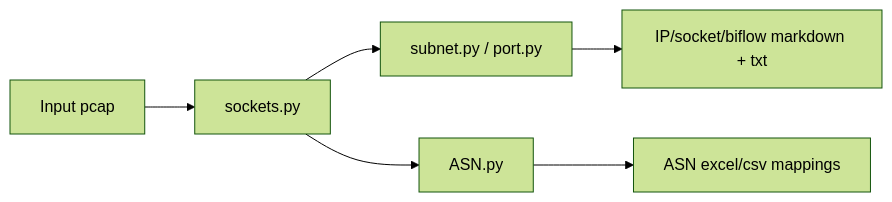
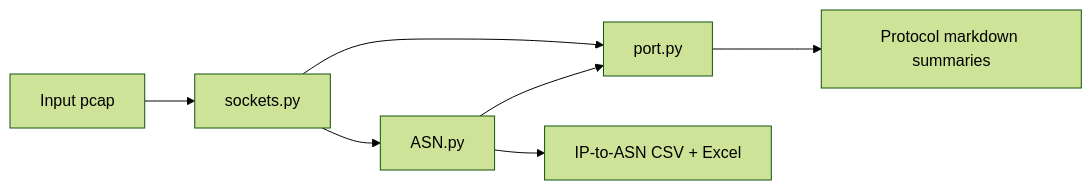
One commit to mayanksinghk/IRCTC-Simulator changed the fifth of 5 diagrams in docs/WORKFLOWS.md. Above: the diagram before and after it, drawn with Mermaid (forest theme). The commit also changed other lines of this file and 3 other files, not shown here.

````diff
--- a/docs/WORKFLOWS.md
+++ b/docs/WORKFLOWS.md
@@ -47,8 +109,9 @@
 ```mermaid
 flowchart LR
   P[Input pcap] --> S1[sockets.py]
-  S1 --> S2[subnet.py / port.py]
+  S1 --> S2[port.py]
   S1 --> A1[ASN.py]
-  S2 --> O1[IP/socket/biflow markdown + txt]
-  A1 --> O2[ASN excel/csv mappings]
+  A1 --> S2
+  S2 --> O1[Protocol markdown summaries]
+  A1 --> O2[IP-to-ASN CSV + Excel]
 ```
````
